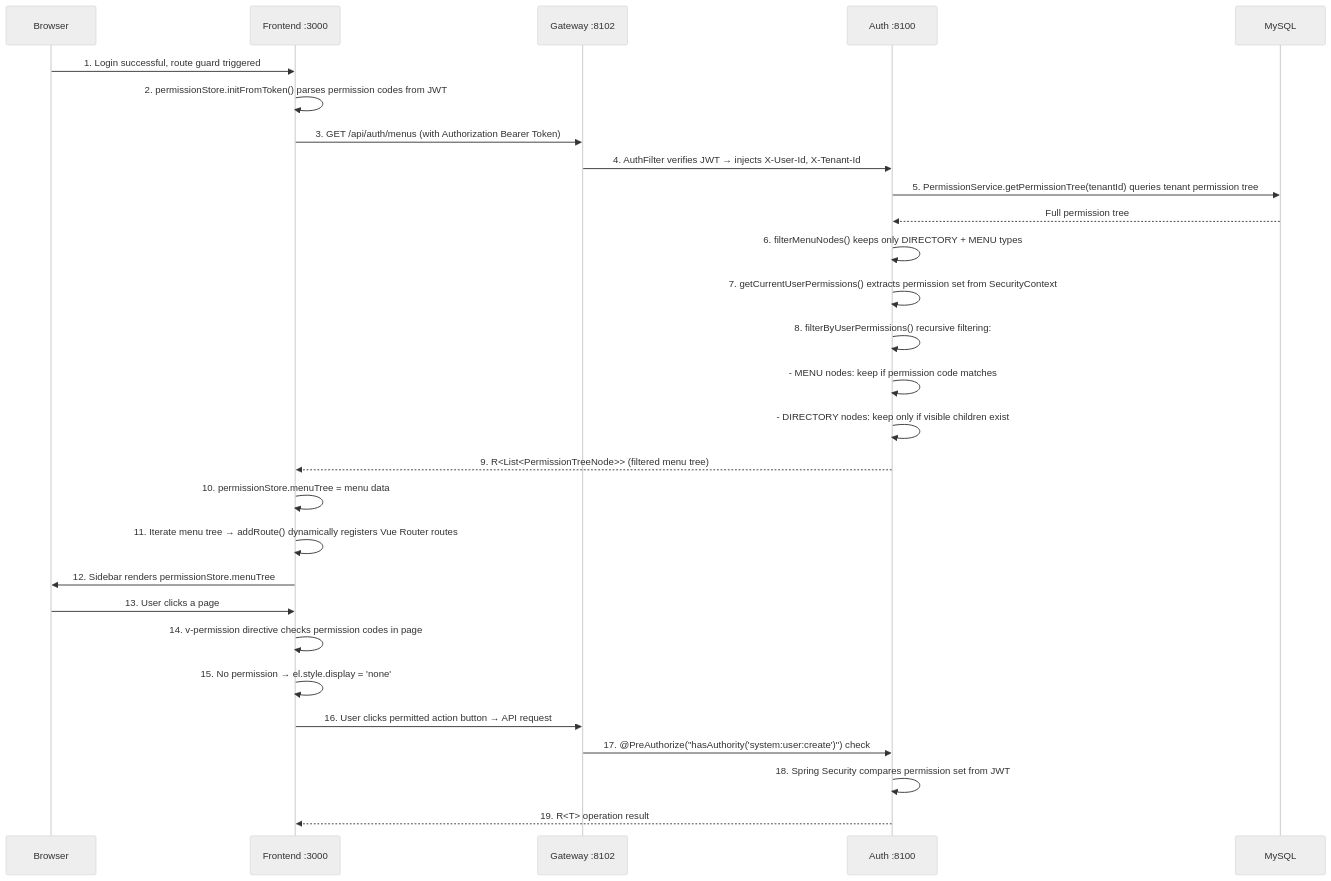
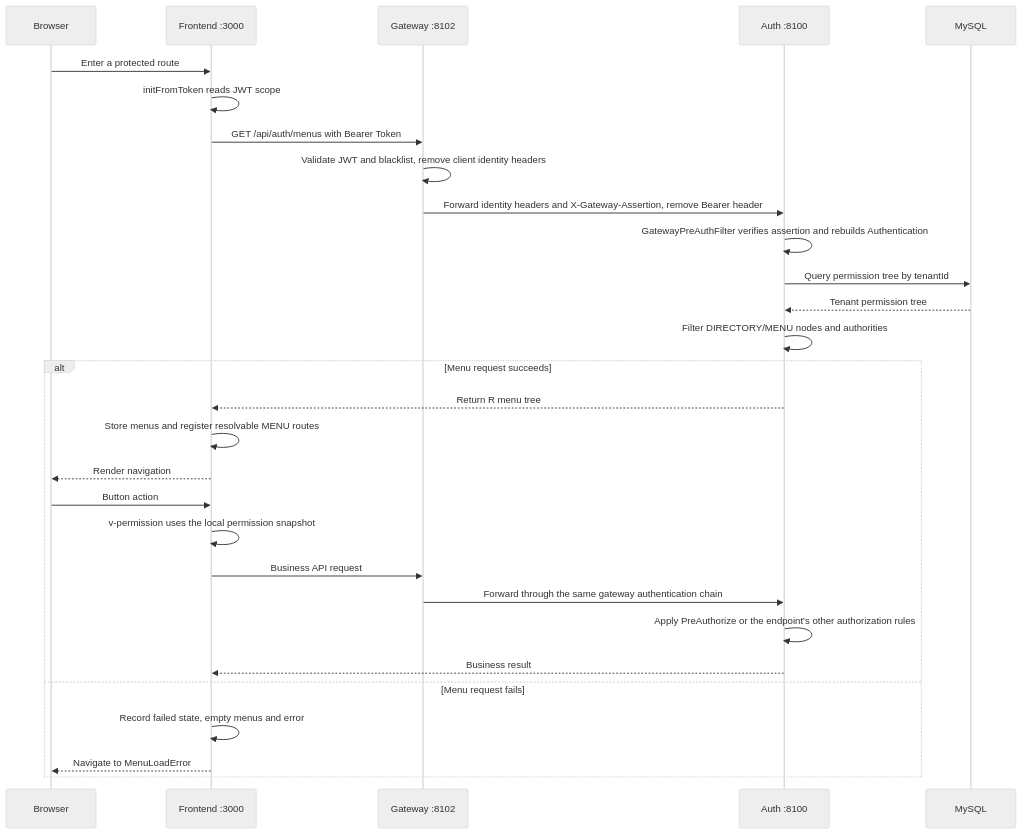
One commit to wang-baohai/Omni-Stack changed the fifth of 21 diagrams in docs/core-flows.en.md. Above: the diagram before and after it, drawn with Mermaid (neutral theme). The commit also changed other lines of this file and 1095 other files, not shown here.

````diff
--- a/docs/core-flows.en.md
+++ b/docs/core-flows.en.md
@@ -663,31 +490,31 @@
 ```mermaid
 sequenceDiagram
     participant B as Browser
     participant F as Frontend :3000
     participant G as Gateway :8102
     participant A as Auth :8100
     participant M as MySQL
-
-    B->>F: 1. Login successful, route guard triggered
-    F->>F: 2. permissionStore.initFromToken() parses permission codes from JWT
-    F->>G: 3. GET /api/auth/menus (with Authorization Bearer Token)
-    G->>A: 4. AuthFilter verifies JWT → injects X-User-Id, X-Tenant-Id
-    A->>M: 5. PermissionService.getPermissionTree(tenantId) queries tenant permission tree
-    M-->>A: Full permission tree
-    A->>A: 6. filterMenuNodes() keeps only DIRECTORY + MENU types
-    A->>A: 7. getCurrentUserPermissions() extracts permission set from SecurityContext
-    A->>A: 8. filterByUserPermissions() recursive filtering:
-    A->>A:    - MENU nodes: keep if permission code matches
-    A->>A:    - DIRECTORY nodes: keep only if visible children exist
-    A-->>F: 9. R<List<PermissionTreeNode>> (filtered menu tree)
-    F->>F: 10. permissionStore.menuTree = menu data
-    F->>F: 11. Iterate menu tree → addRoute() dynamically registers Vue Router routes
-    F->>B: 12. Sidebar renders permissionStore.menuTree
-    B->>F: 13. User clicks a page
-    F->>F: 14. v-permission directive checks permission codes in page
-    F->>F: 15. No permission → el.style.display = 'none'
-    F->>G: 16. User clicks permitted action button → API request
-    G->>A: 17. @PreAuthorize("hasAuthority('system:user:create')") check
-    A->>A: 18. Spring Security compares permission set from JWT
-    A-->>F: 19. R<T> operation result
+    B->>F: Enter a protected route
+    F->>F: initFromToken reads JWT scope
+    F->>G: GET /api/auth/menus with Bearer Token
+    G->>G: Validate JWT and blacklist, remove client identity headers
+    G->>A: Forward identity headers and X-Gateway-Assertion, remove Bearer header
+    A->>A: GatewayPreAuthFilter verifies assertion and rebuilds Authentication
+    A->>M: Query permission tree by tenantId
+    M-->>A: Tenant permission tree
+    A->>A: Filter DIRECTORY/MENU nodes and authorities
+    alt Menu request succeeds
+        A-->>F: Return R menu tree
+        F->>F: Store menus and register resolvable MENU routes
+        F-->>B: Render navigation
+        B->>F: Button action
+        F->>F: v-permission uses the local permission snapshot
+        F->>G: Business API request
+        G->>A: Forward through the same gateway authentication chain
+        A->>A: Apply PreAuthorize or the endpoint's other authorization rules
+        A-->>F: Business result
+    else Menu request fails
+        F->>F: Record failed state, empty menus and error
+        F-->>B: Navigate to MenuLoadError
+    end
 ```
````
